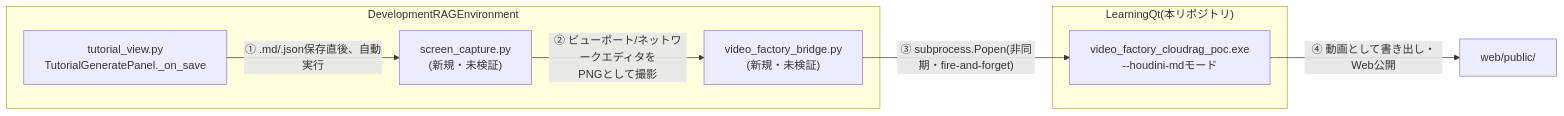
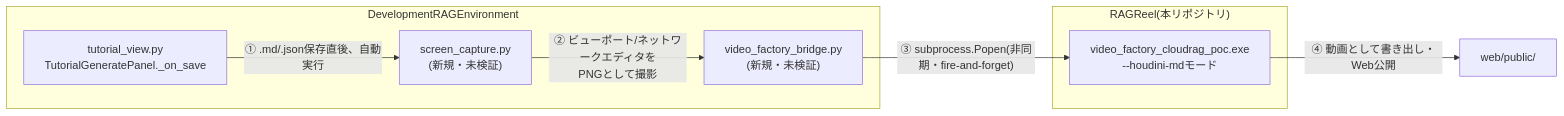
The ninth of 16 diagrams in docs/technical-reference.md (manato1201/RAGReel), drawn with Mermaid before and after one commit. The commit also changed other lines of this file and 5 other files, not shown here.

First line of the commit message:
ドキュメント中のリポジトリの参照を、LearningQt から RAGReel に改名

````diff
--- a/docs/technical-reference.md
+++ b/docs/technical-reference.md
@@ -629,16 +629,16 @@
 ```mermaid
 flowchart LR
     subgraph rag["DevelopmentRAGEnvironment"]
         TV["tutorial_view.py<br/>TutorialGeneratePanel._on_save"]
         SC["screen_capture.py<br/>(新規・未検証)"]
         VB["video_factory_bridge.py<br/>(新規・未検証)"]
     end
-    subgraph engine["LearningQt(本リポジトリ)"]
+    subgraph engine["RAGReel(本リポジトリ)"]
         VF["video_factory_cloudrag_poc.exe<br/>--houdini-mdモード"]
     end
 
     TV -- "① .md/.json保存直後、自動実行" --> SC
     SC -- "② ビューポート/ネットワークエディタを<br/>PNGとして撮影" --> VB
     VB -- "③ subprocess.Popen(非同期・fire-and-forget)" --> VF
     VF -- "④ 動画として書き出し・Web公開" --> web["web/public/"]
 ```
````
